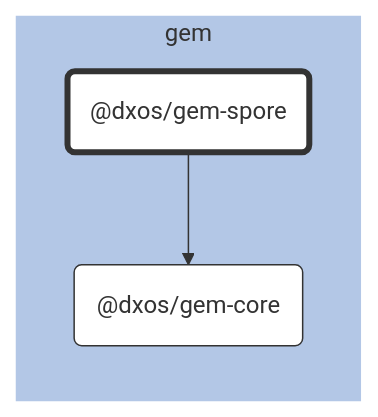
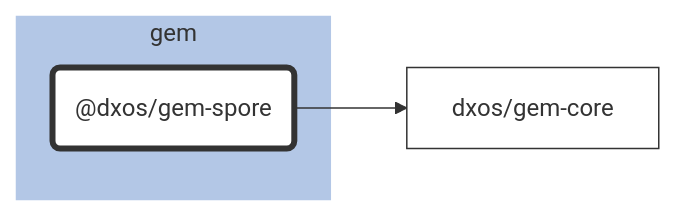
One commit to dxos/dxos changed the diagram in packages/gem/gem-spore/docs/README.md. Above: the diagram before and after it, drawn with Mermaid. The commit also changed 84 other files, not shown here.

````diff
--- a/packages/gem/gem-spore/docs/README.md
+++ b/packages/gem/gem-spore/docs/README.md
@@ -7,29 +7,21 @@
 ```mermaid
 %%{ init: {'flowchart':{'curve':'basis'}} }%%
 
 flowchart LR
 
-%% Links
-dxos/gem-spore --> dxos/gem-core;
+%% Classes
+classDef default fill:#fff,stroke:#333,stroke-width:1px
+classDef root fill:#fff,stroke:#333,stroke-width:4px
 
-%% Sections
-subgraph gem
-  style gem fill:#b3c7e6,stroke:#fff;
+%% Nodes
 
-  dxos/gem-core("@dxos/gem-core")
-  dxos/gem-spore("@dxos/gem-spore")
+subgraph gem [gem]
+  style gem fill:#b3c7e6,stroke:#fff
+  dxos/gem-spore("@dxos/gem-spore"):::root
+  click dxos/gem-spore "dxos/dxos/tree/main/packages/gem/gem-spore/docs"
 end
 
-
-%% Hyperlinks
-click dxos/gem-core "dxos/dxos/tree/main/packages/gem/gem-core/docs";
-
-%% Styles
-classDef rootNode fill:#fff,stroke:#333,stroke-width:4px
-classDef defaultNode fill:#fff,stroke:#333,stroke-width:1px
+%% Links
 linkStyle default stroke:#333,stroke-width:1px
-
-dxos/gem-spore:::rootNode
-
-dxos/gem-core:::defaultNode
+dxos/gem-spore --> dxos/gem-core
 ```
````
